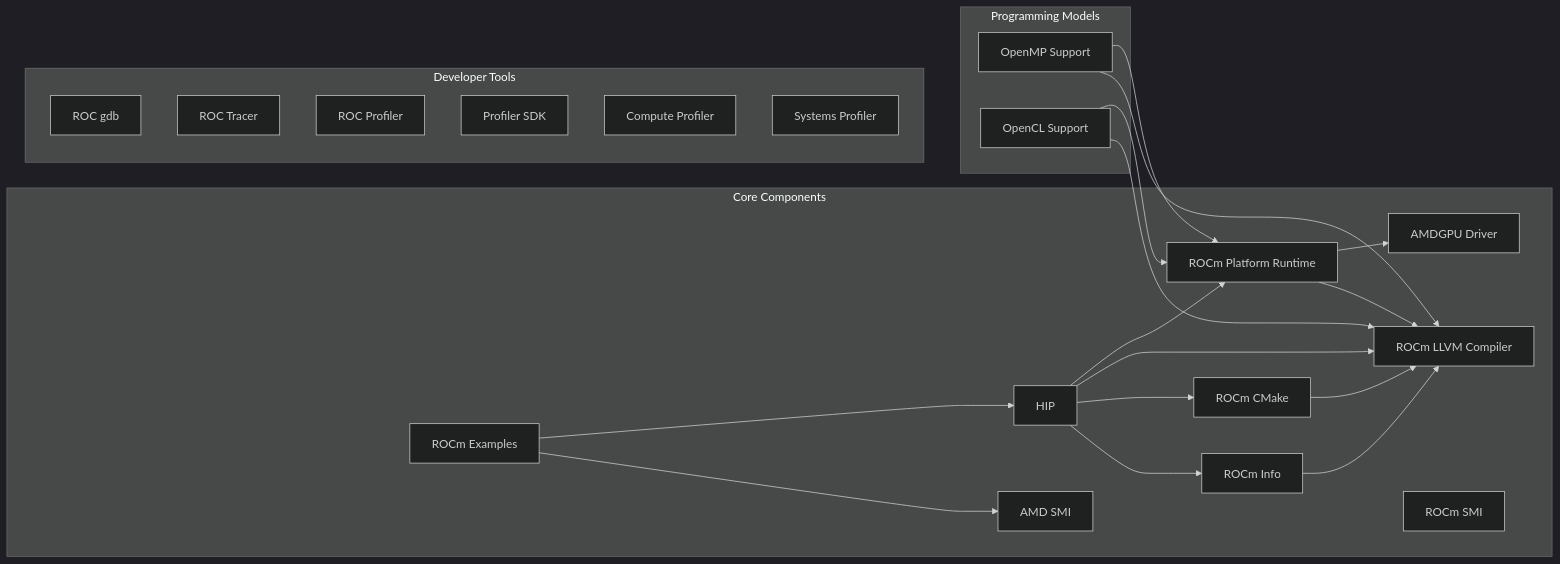
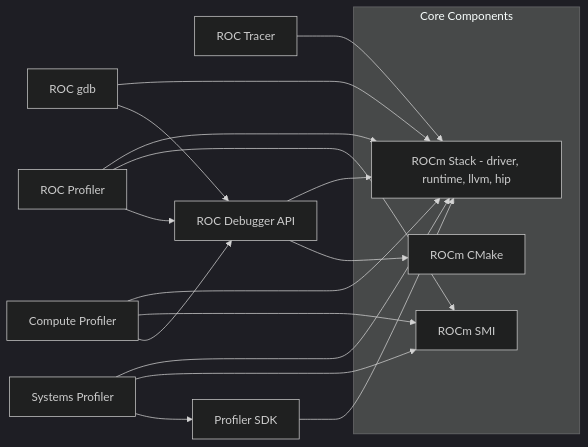
Before and after one commit to EESSI/docs: the third of 4 diagrams in docs/site_specific_config/rocm.md, drawn with Mermaid (dark theme). The commit also changed other lines of this file, not shown here.

Commit message:
Improved dev tool section of ROCm overview

````diff
--- a/docs/site_specific_config/rocm.md
+++ b/docs/site_specific_config/rocm.md
@@ -330,47 +275,38 @@
 ```mermaid
 graph LR;
     subgraph Core Components
-        driver[AMDGPU Driver]
-        runtime[ROCm Platform Runtime]
-        llvm[ROCm LLVM Compiler]
-        hip[HIP]
-        amdsmi[AMD SMI]
+        rocmstack[ROCm Stack - driver, runtime, llvm, hip]
         rocmsmi[ROCm SMI]
         rocmcmake[ROCm CMake]
-        rocminfo[ROCm Info]
-        rocmexamples[ROCm Examples]
-    end
-    subgraph Programming Models
-        openmp[OpenMP Support]
-        opencl[OpenCL Support]
-    end
-    subgraph Developer Tools
-        rocgdb[ROC gdb]
-        roctracer[ROC Tracer]
-        rocprofiler[ROC Profiler]
-        profilersdk[Profiler SDK]
-        computeprofiler[Compute Profiler]
-        systemsprofiler[Systems Profiler]
     end
 
-    runtime --> driver
-    runtime --> llvm
+    rocgdb[ROC gdb]
+    roctracer[ROC Tracer]
+    rocprofiler[ROC Profiler]
+    rocdbgapi[ROC Debugger API]
+    profilersdk[Profiler SDK]
+    computeprofiler[Compute Profiler]
+    systemsprofiler[Systems Profiler]
 
-    hip --> runtime
-    hip --> llvm
-    hip --> rocmcmake
-    hip --> rocminfo
+    rocgdb --> rocmstack
+    rocgdb --> rocdbgapi
 
-    rocmcmake --> llvm
-    rocminfo --> llvm
+    roctracer --> rocmstack
 
-    rocmexamples --> hip
-    rocmexamples --> amdsmi
+    rocdbgapi --> rocmstack
+    rocdbgapi --> rocmcmake
 
-    openmp --> runtime
-    openmp --> llvm
-    opencl --> runtime
-    opencl --> llvm
+    rocprofiler --> rocmstack
+    rocprofiler --> rocmsmi
+    rocprofiler --> rocdbgapi
 
-    %% TODO: debug tools
+    profilersdk --> rocmstack
+
+    computeprofiler --> rocmstack
+    computeprofiler --> rocmsmi
+    computeprofiler --> rocdbgapi
+
+    systemsprofiler --> rocmstack
+    systemsprofiler --> rocmsmi
+    systemsprofiler --> profilersdk
 ```
````
